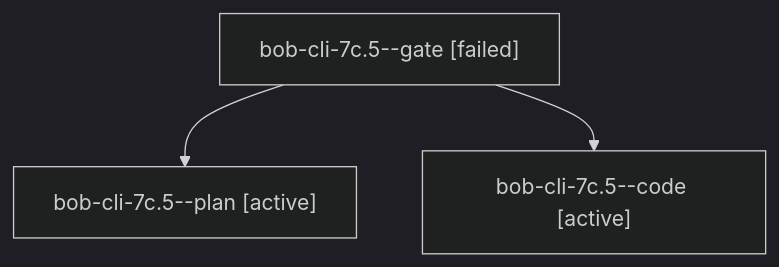
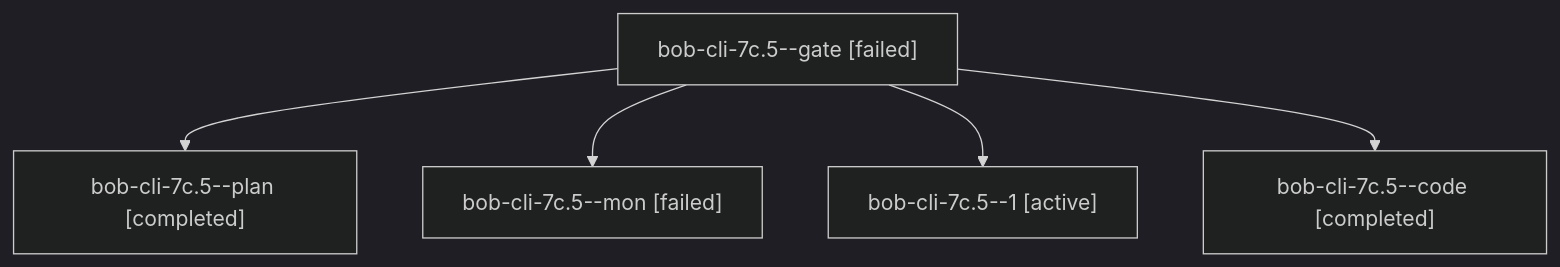
The diagram in sessions/bbugyi200.apollo.bob-cli-7c.5.md (bobs-org/bob-cli--agents), drawn with Mermaid (dark theme) before and after one commit. The commit also changed other lines of this file and 42 other files, not shown here.

````diff
--- a/sessions/bbugyi200.apollo.bob-cli-7c.5.md
+++ b/sessions/bbugyi200.apollo.bob-cli-7c.5.md
@@ -9,8 +9,12 @@
 ```mermaid
 flowchart TD
   n0["bob-cli-7c.5--gate [failed]"]
-  n1["bob-cli-7c.5--plan [active]"]
+  n1["bob-cli-7c.5--plan [completed]"]
   n0 --> n1
-  n2["bob-cli-7c.5--code [active]"]
+  n2["bob-cli-7c.5--mon [failed]"]
   n0 --> n2
+  n3["bob-cli-7c.5--1 [active]"]
+  n0 --> n3
+  n4["bob-cli-7c.5--code [completed]"]
+  n0 --> n4
 ```
````
